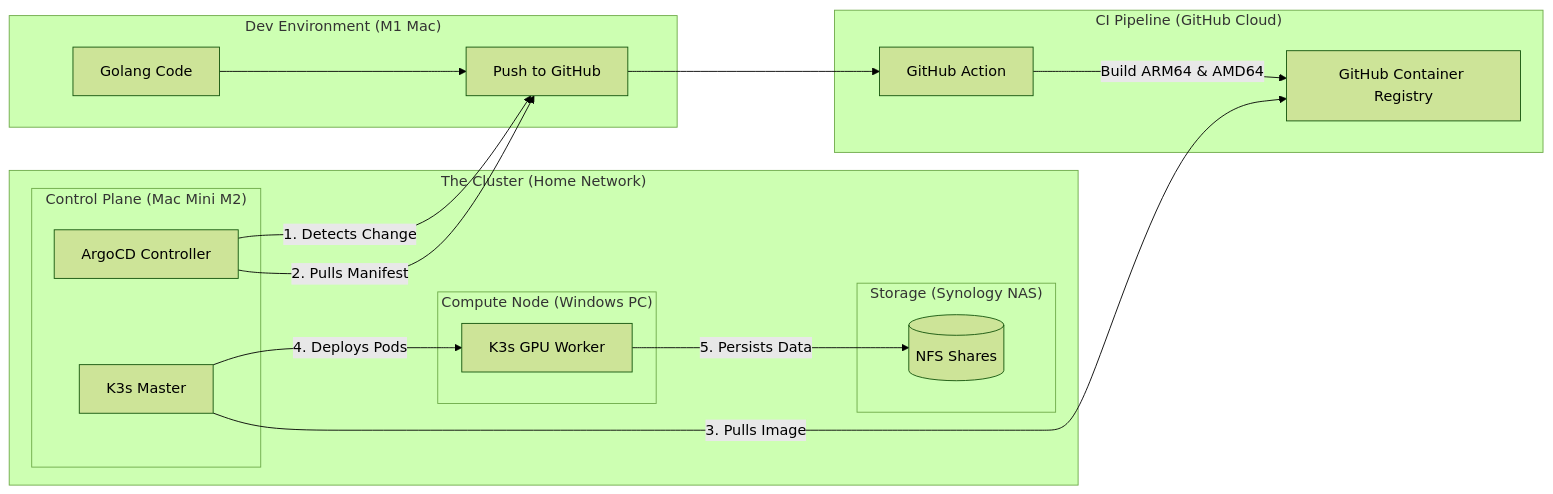
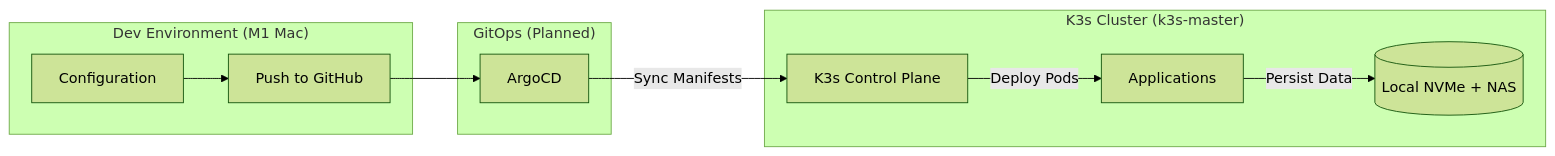
Before and after one commit to kanokgan/home-brain: the third of 3 diagrams in README.md, drawn with Mermaid (forest theme). The commit also changed other lines of this file and 20 other files, not shown here.

````diff
--- a/README.md
+++ b/README.md
@@ -98,32 +77,16 @@
 ```mermaid
 graph LR
     subgraph "Dev Environment (M1 Mac)"
-        Code[Golang Code] --> Git[Push to GitHub]
+        Code[Configuration] --> Git[Push to GitHub]
     end
 
-    subgraph "CI Pipeline (GitHub Cloud)"
-        Git --> Action[GitHub Action]
-        Action -- Build ARM64 & AMD64 --> GHCR[GitHub Container Registry]
+    subgraph "GitOps (Planned)"
+        Git --> ArgoCD[ArgoCD]
     end
 
-    subgraph "The Cluster (Home Network)"
-        subgraph "Control Plane (Mac Mini M2)"
-            ArgoCD[ArgoCD Controller]
-            Master[K3s Master]
-        end
-
-        subgraph "Compute Node (Windows PC)"
-            Worker[K3s GPU Worker]
-        end
-
-        subgraph "Storage (Synology NAS)"
-            NFS[(NFS Shares)]
-        end
+    subgraph "K3s Cluster (k3s-master)"
+        ArgoCD -- "Sync Manifests" --> K3s[K3s Control Plane]
+        K3s -- "Deploy Pods" --> Apps[Applications]
+        Apps -- "Persist Data" --> Storage[(Local NVMe + NAS)]
     end
-
-    ArgoCD -- "1. Detects Change" --> Git
-    ArgoCD -- "2. Pulls Manifest" --> Git
-    Master -- "3. Pulls Image" --> GHCR
-    Master -- "4. Deploys Pods" --> Worker
-    Worker -- "5. Persists Data" --> NFS
 ```
````
